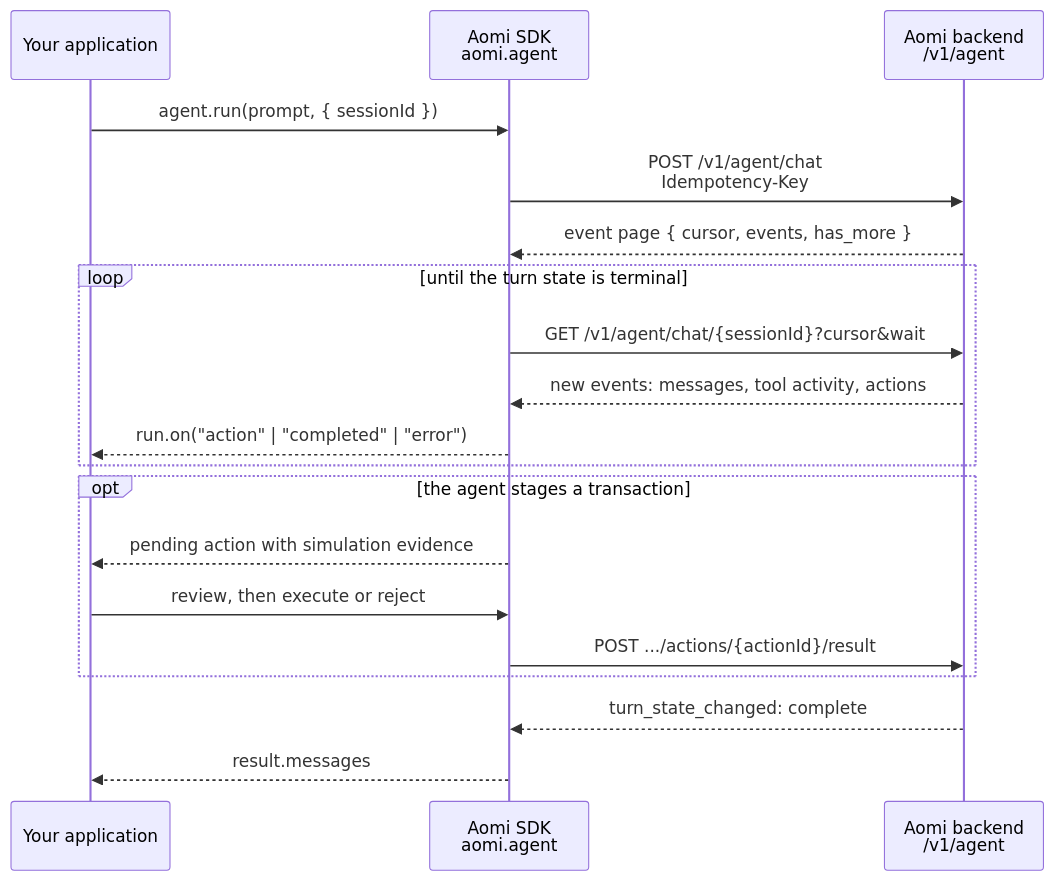
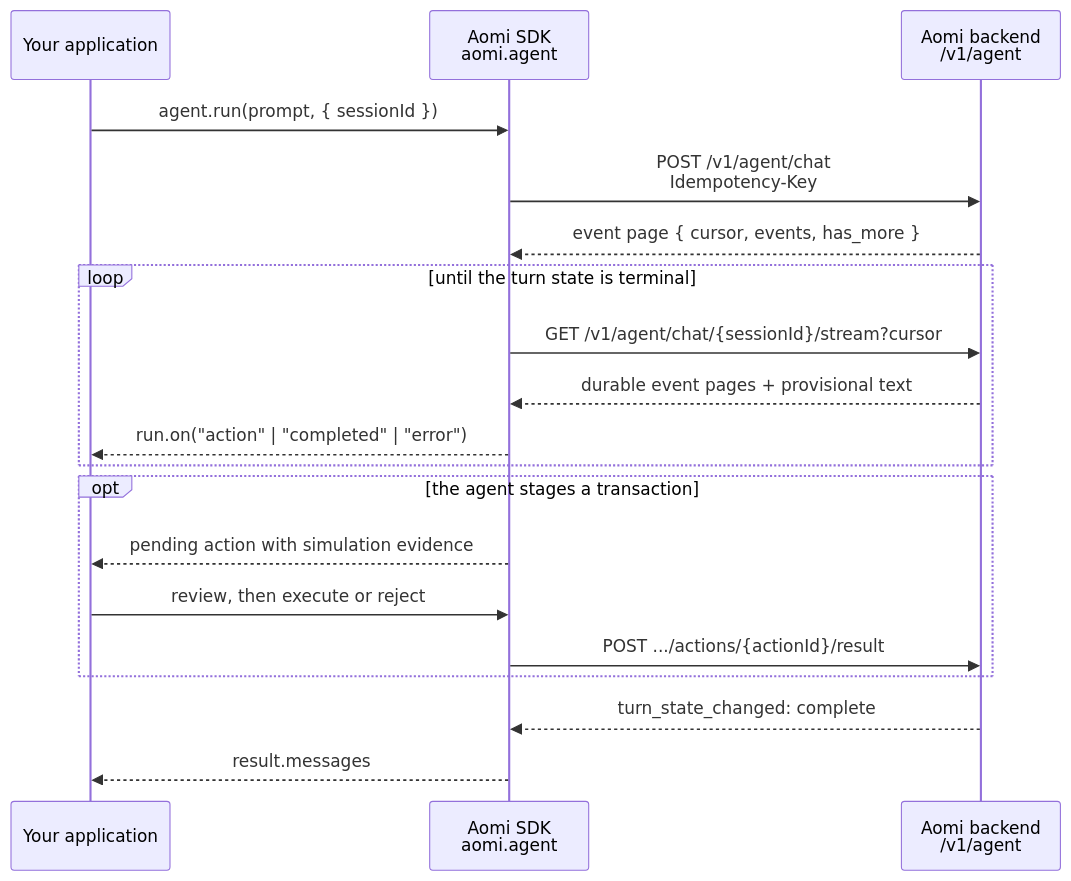
Before and after one commit to aomi-labs/docs: the diagram in integrate/agent.mdx, drawn with Mermaid. The commit also changed other lines of this file and 40 other files, not shown here.

Commit message:
Refresh developer docs against current SDK and API contracts

````diff
--- a/integrate/agent.mdx
+++ b/integrate/agent.mdx
@@ -8,21 +8,21 @@
 ```mermaid
 sequenceDiagram
     participant App as Your application
     participant SDK as Aomi SDK<br/>aomi.agent
     participant API as Aomi backend<br/>/v1/agent
     App->>SDK: agent.run(prompt, { sessionId })
     SDK->>API: POST /v1/agent/chat<br/>Idempotency-Key
     API-->>SDK: event page { cursor, events, has_more }
     loop until the turn state is terminal
-        SDK->>API: GET /v1/agent/chat/{sessionId}?cursor&wait
-        API-->>SDK: new events: messages, tool activity, actions
+        SDK->>API: GET /v1/agent/chat/{sessionId}/stream?cursor
+        API-->>SDK: durable event pages + provisional text
         SDK-->>App: run.on("action" | "completed" | "error")
     end
     opt the agent stages a transaction
         SDK-->>App: pending action with simulation evidence
         App->>SDK: review, then execute or reject
         SDK->>API: POST .../actions/{actionId}/result
     end
     API-->>SDK: turn_state_changed: complete
     SDK-->>App: result.messages
 ```
````
